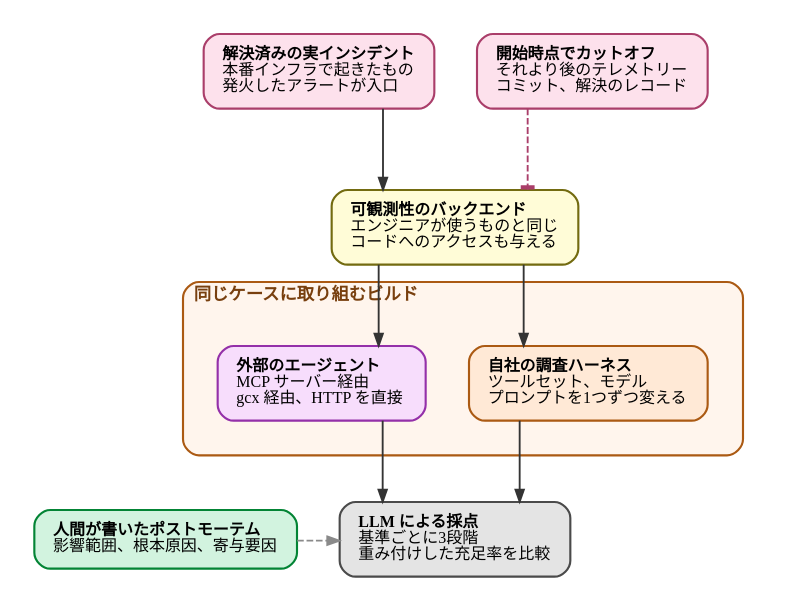
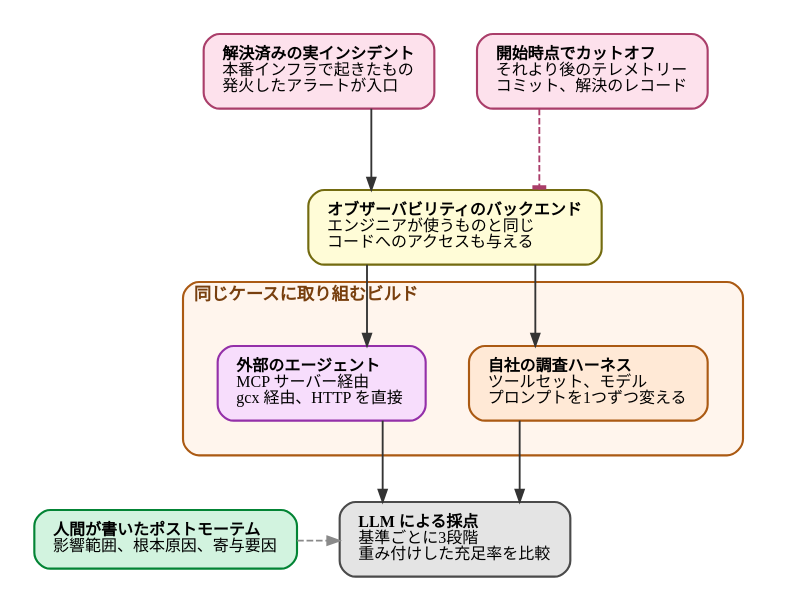
One commit to ymotongpoo/zenn.dev changed the diagram in diagrams/20261002-what-made-agents-better/20261002-arena.dot. Above: the diagram before and after it, drawn with Graphviz. The commit also changed 3 other files, not shown here.

```diff
--- a/diagrams/20261002-what-made-agents-better/20261002-arena.dot
+++ b/diagrams/20261002-what-made-agents-better/20261002-arena.dot
@@ -1,86 +1,86 @@
 // 記事「品質を動かしたのはツールとプロンプトだった」用。
 // アリーナの構成。同じ実インシデントを複数のビルドが調べ、
 // 人間が書いたポストモーテムを正解としてLLMが採点する。
 //
 // 証拠の流れは「バックエンド → ビルド」の向きで描く。カットオフは
 // バックエンドに対する遮断として置く（インシデント開始より後の証拠を通さない）。
 // ビルドから採点へ向かう辺とバックエンドへ向かう辺が交差しないよう、
 // 証拠の供給を上流に、採点を下流に配置している。
 //
 // 矢印のラベルは付けない（クラスタをまたぐ辺のラベルは枠線を跨ぐため）。
 // 矢印の意味はキャプションで宣言する。
 //
 // クラスタの margin を広げて、見出し「同じケースに取り組むビルド」の
 // 文字とノードの間に余白を作る。margin=14 では実線が見出しの文字を
 // 横切っていた（査読 R-12）。ポート指定で回避すると SELF-PASS-THROUGH になる。
 digraph arena {
   graph [
     fontname="IBM Plex Sans JP", fontsize=13,
     rankdir=TB,
     compound=true, splines=ortho,
     nodesep=0.45, ranksep=0.85, pad=0.25,
     bgcolor="white", newrank=true
   ];
   node [
     fontname="IBM Plex Sans JP", fontsize=12,
     shape=box, style="rounded,filled",
     fillcolor="#F1F1F1", color="#4A4A4A", penwidth=1.6,
     margin="0.2,0.14"
   ];
   edge [
     fontname="IBM Plex Sans JP", fontsize=11,
     color="#343434", penwidth=1.4, arrowsize=0.9,
     fontcolor="#171717"
   ];
 
   incident [
     fillcolor="#FDE1EC", color="#AA3E6A",
     label=<<b>解決済みの実インシデント</b><br align="left"/>本番インフラで起きたもの<br align="left"/>発火したアラートが入口<br align="left"/>>
   ];
 
   cutoff [
     fillcolor="#FDE1EC", color="#AA3E6A",
     label=<<b>開始時点でカットオフ</b><br align="left"/>それより後のテレメトリー<br align="left"/>コミット、解決のレコード<br align="left"/>>
   ];
 
   backends [
     fillcolor="#FFFCD7", color="#736B10",
-    label=<<b>可観測性のバックエンド</b><br align="left"/>エンジニアが使うものと同じ<br align="left"/>コードへのアクセスも与える<br align="left"/>>
+    label=<<b>オブザーバビリティのバックエンド</b><br align="left"/>エンジニアが使うものと同じ<br align="left"/>コードへのアクセスも与える<br align="left"/>>
   ];
 
   subgraph cluster_variants {
     label=<<b>同じケースに取り組むビルド</b>>;
     style="rounded"; labeljust="l"; penwidth=1.6; margin=26;
     color="#AB5A13"; bgcolor="#FFF5ED"; fontcolor="#783F0E";
 
     own [
       fillcolor="#FFE9D6", color="#AB5A13",
       label=<<b>自社の調査ハーネス</b><br align="left"/>ツールセット、モデル<br align="left"/>プロンプトを1つずつ変える<br align="left"/>>
     ];
     external [
       fillcolor="#F7DDFC", color="#9430A9",
       label=<<b>外部のエージェント</b><br align="left"/>MCP サーバー経由<br align="left"/>gcx 経由、HTTP を直接<br align="left"/>>
     ];
   }
 
   judge [
     fillcolor="#E4E4E4", color="#4A4A4A",
     label=<<b>LLM による採点</b><br align="left"/>基準ごとに3段階<br align="left"/>重み付けした充足率を比較<br align="left"/>>
   ];
 
   postmortem [
     fillcolor="#D2F3DF", color="#038435",
     label=<<b>人間が書いたポストモーテム</b><br align="left"/>影響範囲、根本原因、寄与要因<br align="left"/>>
   ];
 
   incident -> backends;
   cutoff -> backends [arrowhead=tee, style=dashed, color="#AA3E6A"];
   backends -> own;
   backends -> external;
   own -> judge;
   external -> judge;
   postmortem -> judge [style=dashed, color="#8A8A8A"];
 
   { rank=same; incident; cutoff; }
   { rank=same; judge; postmortem; }
 }
```
